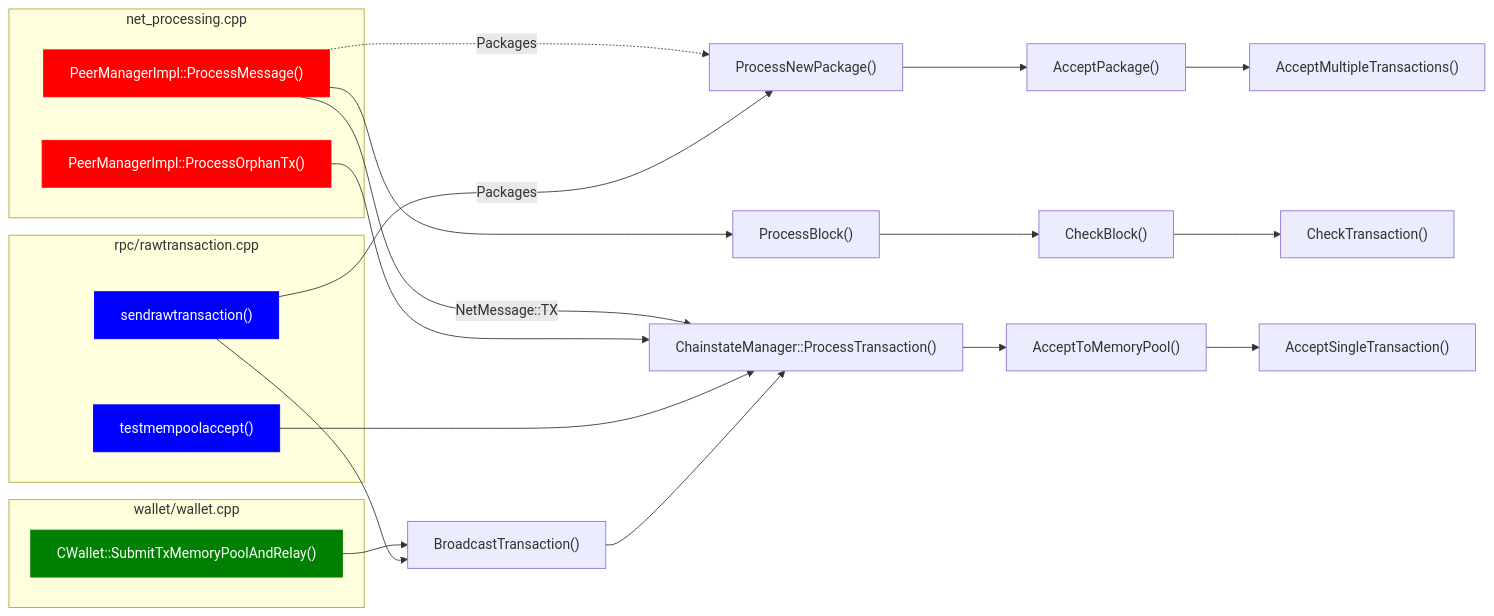
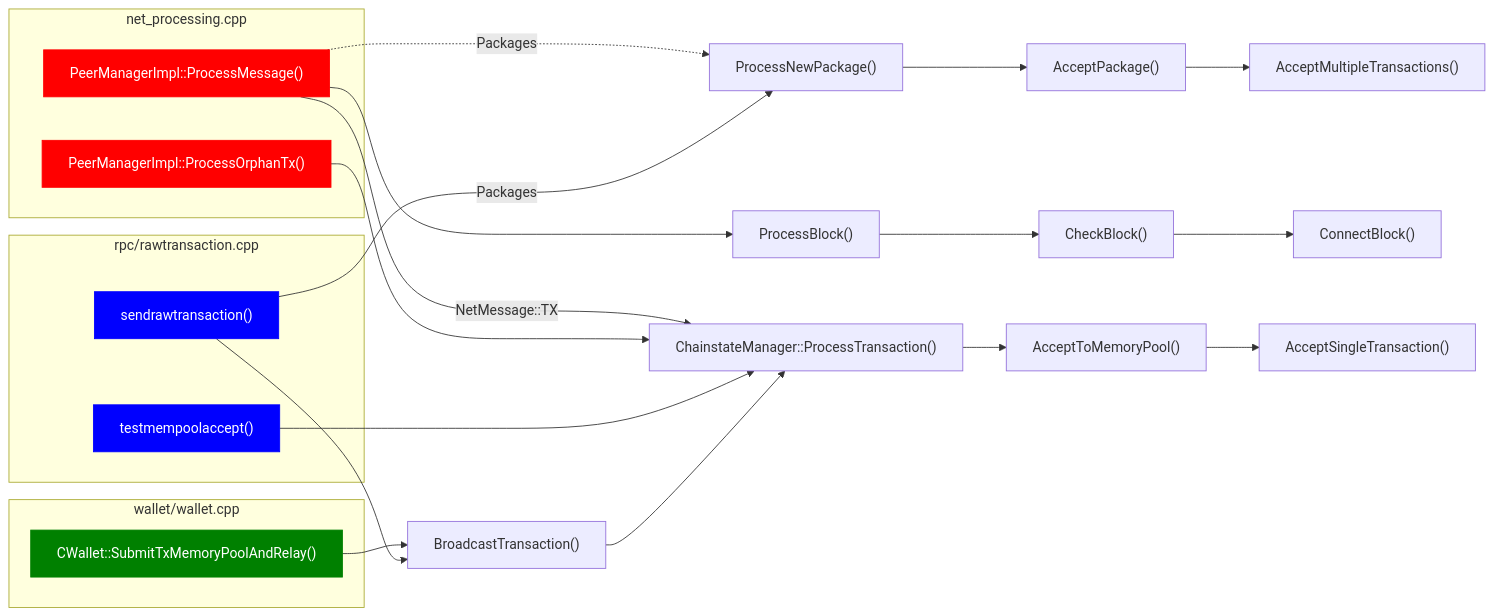
One commit to chaincodelabs/onboarding-to-bitcoin-core changed the first of 3 diagrams in 03_consensus-and-validation.adoc. Above: the diagram before and after it, drawn with Mermaid. The commit also changed other lines of this file and 2 other files, not shown here.

Commit message:
Add block tx validation section to 03

```diff
--- a/03_consensus-and-validation.adoc
+++ b/03_consensus-and-validation.adoc
@@ -446,50 +446,50 @@
 [mermaid,target=tx-origination,format=svg,id=tx-origination]
 ....
 flowchart LR
     process_tx["ChainstateManager::ProcessTransaction()"]
     process_msg["PeerManagerImpl::ProcessMessage()"]
     process_block["ProcessBlock()"]
     check_block["CheckBlock()"]
-    check_transaction["CheckTransaction()"]
+    connect_block["ConnectBlock()"]
     process_orphan["PeerManagerImpl::ProcessOrphanTx()"]
     broadcast_tx["BroadcastTransaction()"]
     srt["sendrawtransaction()"]
     tmpa["testmempoolaccept()"]
     submit_relay["CWallet::SubmitTxMemoryPoolAndRelay()"]
     atmp["AcceptToMemoryPool()"]
     accept_single["AcceptSingleTransaction()"]
     process_package["ProcessNewPackage()"]
     accept_package["AcceptPackage()"]
     accept_multiple["AcceptMultipleTransactions()"]
 
     subgraph net_processing.cpp
         process_msg
         process_orphan
     end
     subgraph 2 ["rpc/rawtransaction.cpp"]
         srt
         tmpa
     end
     subgraph 3 [wallet/wallet.cpp]
         submit_relay
     end
     process_msg -. Packages ..-> process_package
-    process_msg ---> process_block --> check_block --> check_transaction
+    process_msg ---> process_block --> check_block --> connect_block
     process_msg -- NetMessage::TX --> process_tx
     process_orphan ---> process_tx
     tmpa --> process_tx
     submit_relay --> broadcast_tx
     srt --> broadcast_tx
     broadcast_tx --> process_tx
     process_tx --> atmp --> accept_single
     srt -- Packages --> process_package
     process_package --> accept_package
     accept_package --> accept_multiple
 
     classDef P2P fill:red,color:white,stroke:red;
     classDef Wallet fill:green,color:white,stroke:green;
     classDef RPC fill:blue,color:white,stroke:blue;
     class process_msg,process_orphan P2P
     class submit_relay Wallet
     class tmpa,srt RPC
 ....
```
